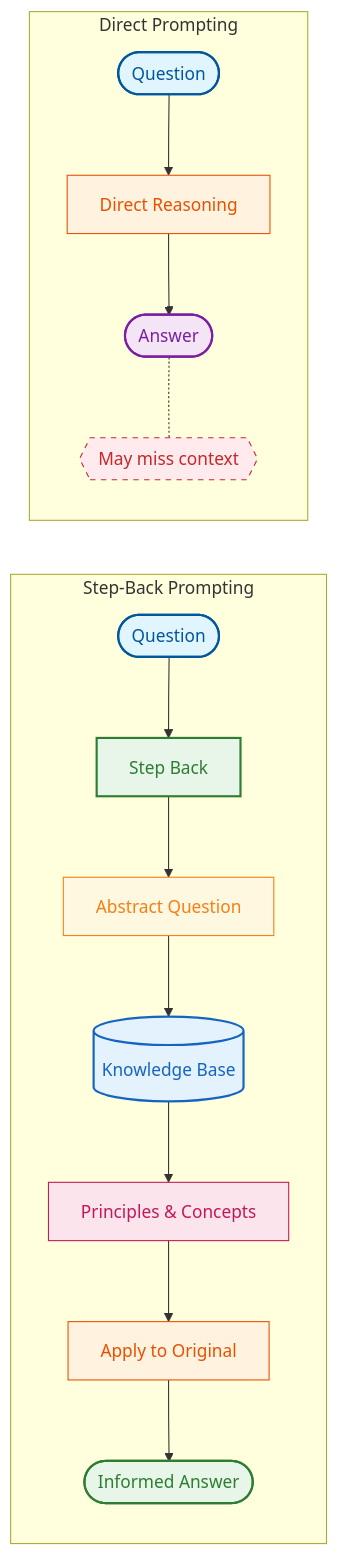
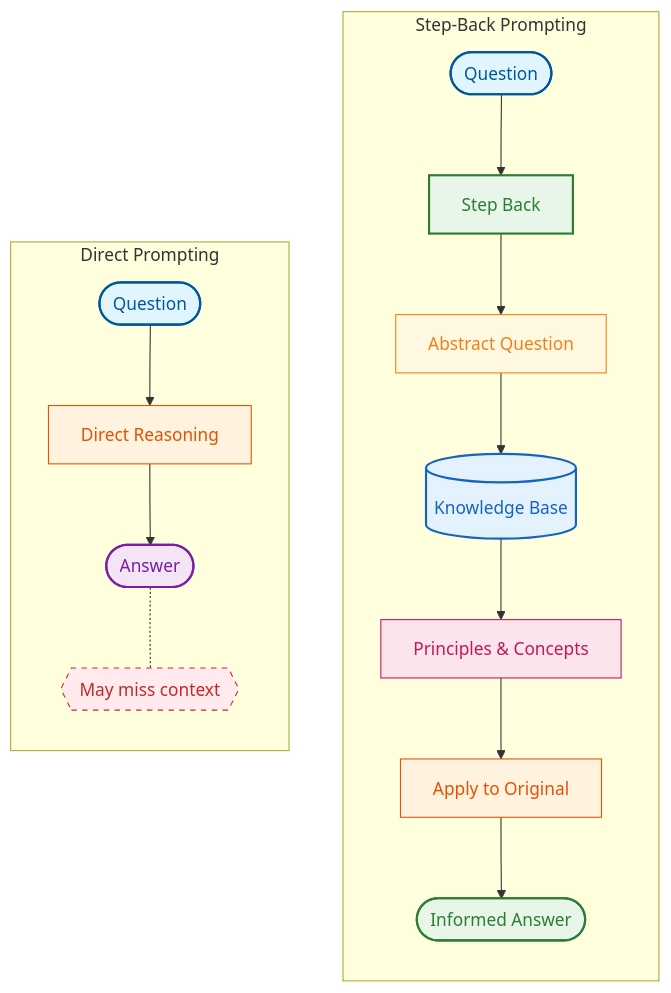
One commit to asvignesh-qae/gen-ai changed the first of 2 diagrams in step-back-prompt.md. Above: the diagram before and after it, drawn with Mermaid. The commit also changed 1 other file, not shown here.

Commit message:
Update the prompting techniques

````diff
--- a/step-back-prompt.md
+++ b/step-back-prompt.md
@@ -90,31 +90,31 @@
 ```mermaid
-flowchart TB
+flowchart LR
     subgraph Traditional["Direct Prompting"]
         direction TB
         A1([Question]):::question --> A2[Direct Reasoning]:::process
         A2 --> A3([Answer]):::answer
         A3 -.- A4{{May miss context}}:::warning
     end
 
     subgraph StepBack["Step-Back Prompting"]
         direction TB
         B1([Question]):::question --> B2[Step Back]:::stepback
         B2 --> B3[Abstract Question]:::abstract
         B3 --> B4[(Knowledge Base)]:::knowledge
         B4 --> B5[Principles & Concepts]:::principles
         B5 --> B6[Apply to Original]:::process
         B6 --> B7([Informed Answer]):::success
     end
 
     Traditional ~~~ StepBack
 
     classDef question fill:#e1f5fe,stroke:#01579b,stroke-width:2px,color:#01579b
     classDef process fill:#fff3e0,stroke:#e65100,stroke-width:1px,color:#e65100
     classDef answer fill:#f3e5f5,stroke:#7b1fa2,stroke-width:2px,color:#7b1fa2
     classDef warning fill:#ffebee,stroke:#c62828,stroke-width:1px,stroke-dasharray:5,color:#c62828
     classDef stepback fill:#e8f5e9,stroke:#2e7d32,stroke-width:2px,color:#2e7d32
     classDef abstract fill:#fff8e1,stroke:#f57f17,stroke-width:1px,color:#f57f17
     classDef knowledge fill:#e3f2fd,stroke:#1565c0,stroke-width:2px,color:#1565c0
     classDef principles fill:#fce4ec,stroke:#c2185b,stroke-width:1px,color:#c2185b
     classDef success fill:#e8f5e9,stroke:#2e7d32,stroke-width:2px,color:#2e7d32
 ```
````
